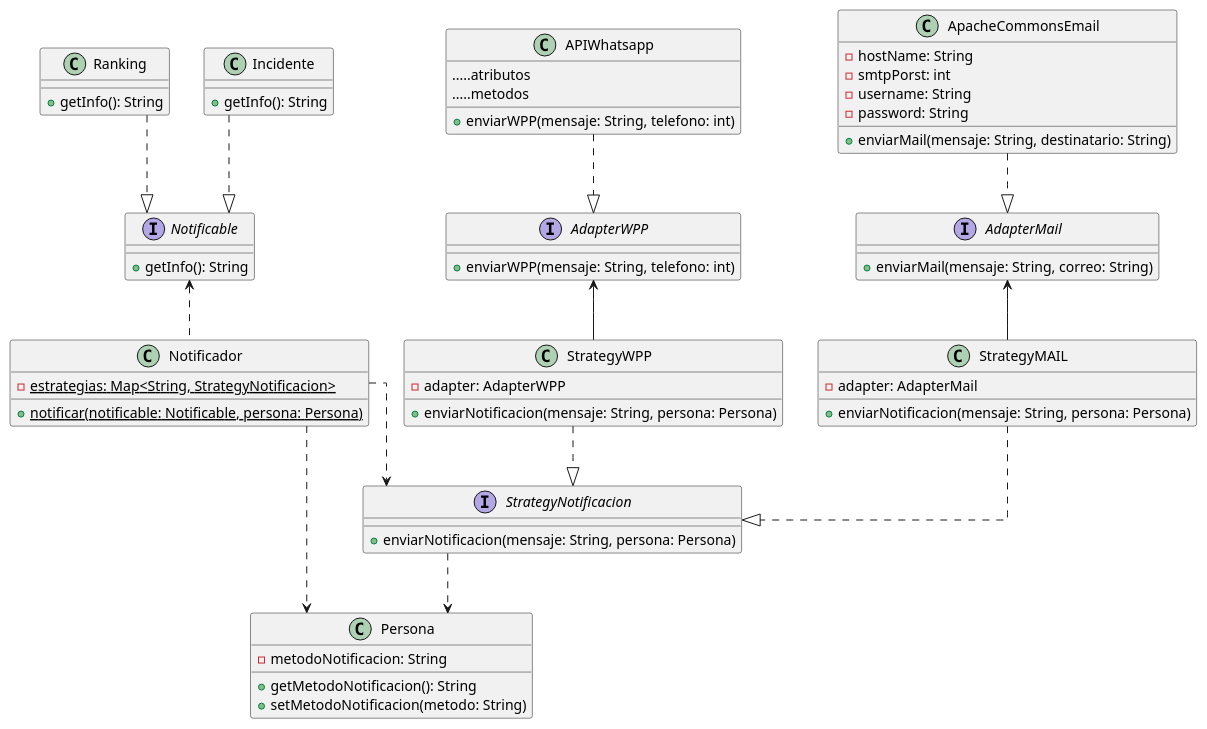
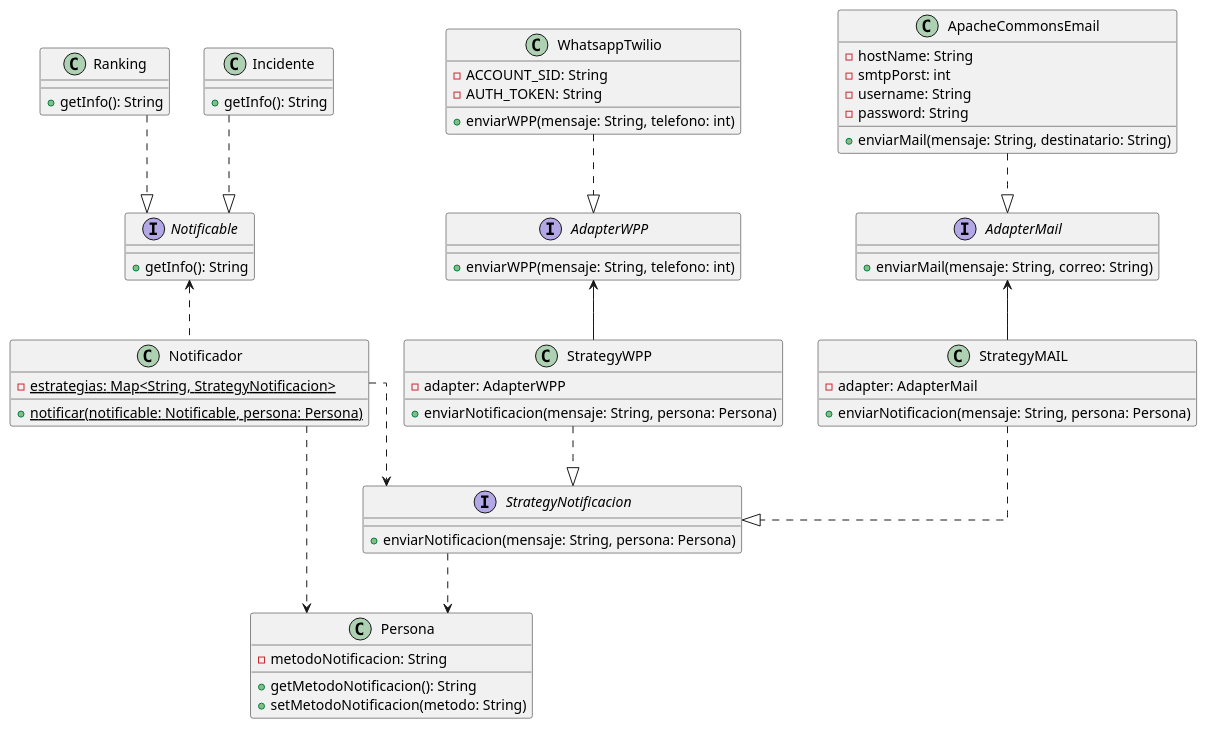
One commit to mbertogliati/dds-tpa changed the diagram in DC/dc-e3-notificador.puml. Above: the diagram before and after it, drawn with PlantUML. The commit also changed 7 other files, not shown here.

```diff
--- a/DC/dc-e3-notificador.puml
+++ b/DC/dc-e3-notificador.puml
@@ -2,72 +2,73 @@
 @startuml
 skinparam linetype ortho
 
 class Persona{
     -metodoNotificacion: String
 
     +getMetodoNotificacion(): String
     +setMetodoNotificacion(metodo: String)
 }
 
 interface Notificable{
     +getInfo(): String
 }
 
 class Ranking{
     +getInfo(): String
 }
 class Incidente{
     +getInfo(): String
 }
 Ranking ..|> Notificable
 Incidente ..|> Notificable
 
 Notificador ..> Persona
 Notificador .up.> Notificable
 
 class Notificador{
     {static}-estrategias: Map<String, StrategyNotificacion>
     {static}+notificar(notificable: Notificable, persona: Persona)
 }
 
 interface AdapterMail{
     +enviarMail(mensaje: String, correo: String)
 }
 interface StrategyNotificacion{
     +enviarNotificacion(mensaje: String, persona: Persona)
 }
 Notificador ..> StrategyNotificacion
 
 class ApacheCommonsEmail{
     -hostName: String
     -smtpPorst: int
     -username: String
     -password: String
 
     +enviarMail(mensaje: String, destinatario: String)
 }
 ApacheCommonsEmail ..|> AdapterMail
 
 interface AdapterWPP{
     +enviarWPP(mensaje: String, telefono: int)
 }
 class StrategyWPP{
 -adapter: AdapterWPP
 +enviarNotificacion(mensaje: String, persona: Persona)
 }
-class APIWhatsapp{
-    .....atributos
+class WhatsappTwilio{
+    -ACCOUNT_SID: String
+    -AUTH_TOKEN: String
+
     +enviarWPP(mensaje: String, telefono: int)
-    .....metodos
 }
 class StrategyMAIL{
 -adapter: AdapterMail
 +enviarNotificacion(mensaje: String, persona: Persona)
 }
 StrategyNotificacion..>Persona
-APIWhatsapp..|>AdapterWPP
+WhatsappTwilio..|>AdapterWPP
 StrategyMAIL ..|> StrategyNotificacion
 StrategyWPP ..|> StrategyNotificacion
 StrategyWPP -up-> AdapterWPP
 StrategyMAIL -up-> AdapterMail
 @enduml
```
